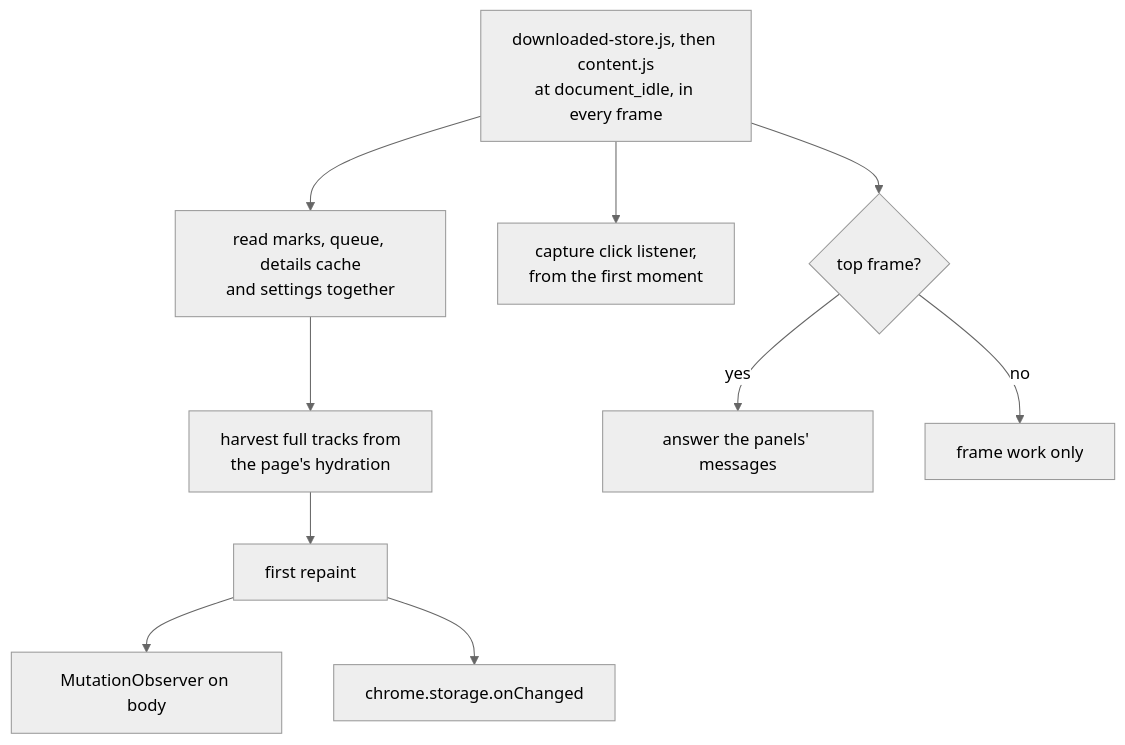
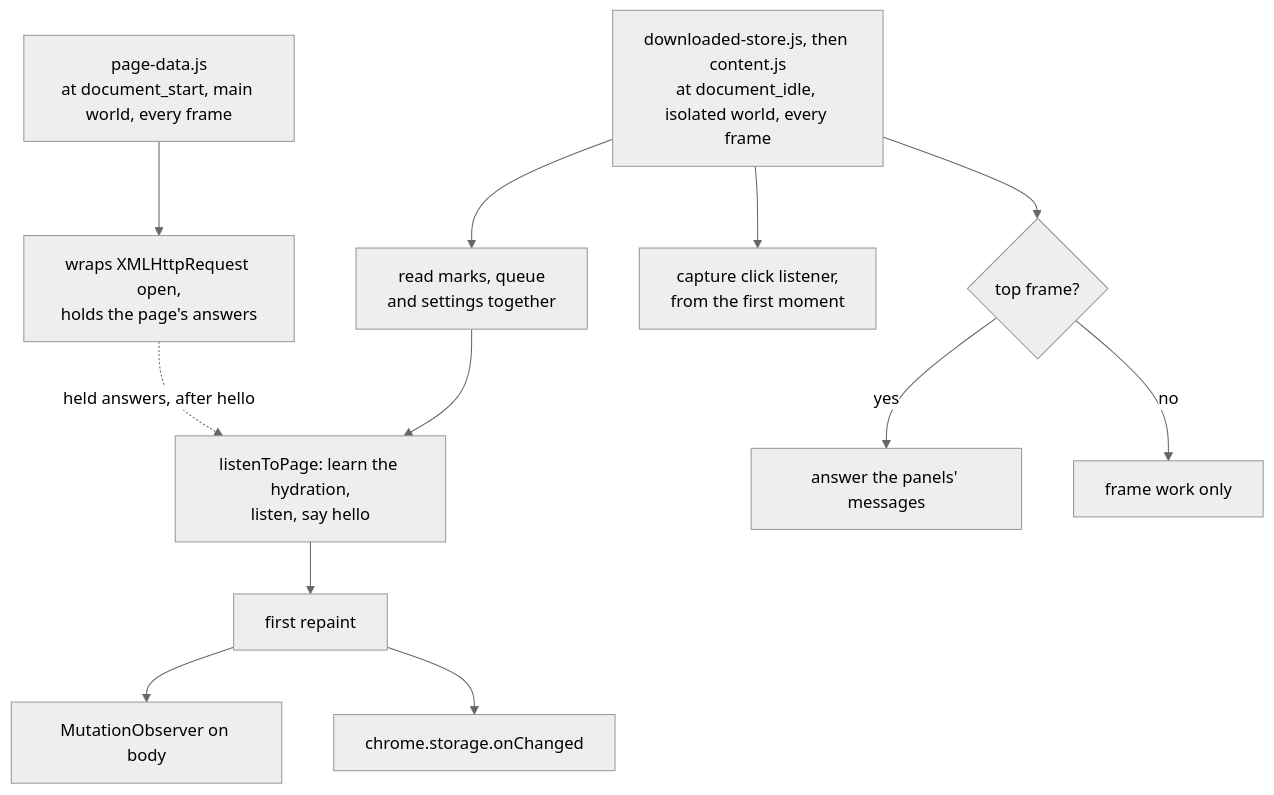
Before and after one commit to cutenode/localnetwork: the first of 11 diagrams in apps/localtoolbox/docs/diagrams/content-script.md, drawn with Mermaid (neutral theme). The commit also changed other lines of this file and 65 other files, not shown here.

First line of the commit message:
fix(localtoolbox): read SoundCloud data from what its page loads instead of its API

````diff
--- a/apps/localtoolbox/docs/diagrams/content-script.md
+++ b/apps/localtoolbox/docs/diagrams/content-script.md
@@ -20,23 +20,27 @@
 ```mermaid
 flowchart TD
-  Load["downloaded-store.js, then content.js<br/>at document_idle, in every frame"]
-  Read["read marks, queue, details cache<br/>and settings together"]
-  Harvest["harvest full tracks from<br/>the page's hydration"]
+  PageData["page-data.js<br/>at document_start, main world, every frame"]
+  Wrap["wraps XMLHttpRequest open,<br/>holds the page's answers"]
+  Load["downloaded-store.js, then content.js<br/>at document_idle, isolated world, every frame"]
+  Read["read marks, queue<br/>and settings together"]
+  Listen["listenToPage: learn the hydration,<br/>listen, say hello"]
   Paint["first repaint"]
   Observe["MutationObserver on body"]
   Storage["chrome.storage.onChanged"]
   Hook["capture click listener,<br/>from the first moment"]
   Top{"top frame?"}
   Answer["answer the panels' messages"]
   Quiet["frame work only"]
 
+  PageData --> Wrap
+  Wrap -.->|"held answers, after hello"| Listen
   Load --> Read
   Load --> Hook
   Load --> Top
-  Read --> Harvest
-  Harvest --> Paint
+  Read --> Listen
+  Listen --> Paint
   Paint --> Observe
   Paint --> Storage
   Top -->|yes| Answer
   Top -->|no| Quiet
 ```
````
